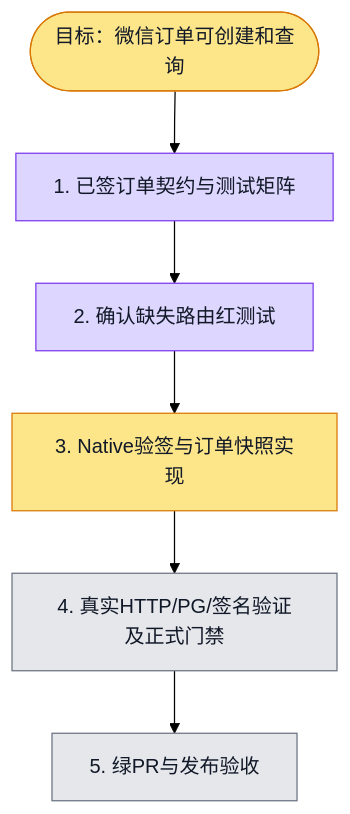
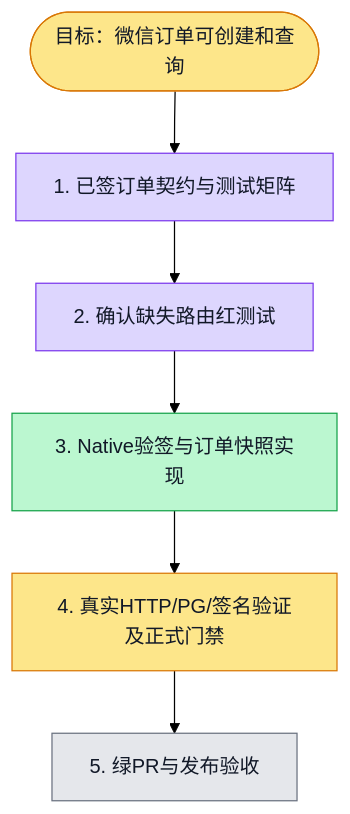
The diagram in phases/phase-21-billing-payment/sprints/sprint-04/plans/F04.plan.md (boardx/workspacex), drawn with Mermaid (forest theme) before and after one commit. The commit also changed 7 other files, not shown here.

````diff
--- a/phases/phase-21-billing-payment/sprints/sprint-04/plans/F04.plan.md
+++ b/phases/phase-21-billing-payment/sprints/sprint-04/plans/F04.plan.md
@@ -17,27 +17,27 @@
 ```mermaid
 flowchart TD
   G([目标：微信订单可创建和查询])
   S1[1. 已签订单契约与测试矩阵]
   S2[2. 确认缺失路由红测试]
   S3[3. Native验签与订单快照实现]
   S4[4. 真实HTTP/PG/签名验证及正式门禁]
   S5[5. 绿PR与发布验收]
 
   G --> S1 --> S2 --> S3 --> S4 --> S5
 
   classDef todo fill:#e5e7eb,stroke:#6b7280,color:#111827
   classDef doing fill:#fde68a,stroke:#d97706,color:#111827
   classDef done fill:#bbf7d0,stroke:#16a34a,color:#111827
   classDef tested fill:#ddd6fe,stroke:#7c3aed,color:#111827
   classDef blocked fill:#fecaca,stroke:#dc2626,color:#111827
 
   class G doing
   class S1 tested
   %% evidence S1: 已签billing-credits束及既定verification；#5751记录下单缺口
   %% evidence S2: evidence/F04.red.log 17 behavioral failures on missing routes, fixture startup successful
   class S2 tested
   %% evidence S2: 17 behavioral assertions failed with absent routes, fixture ready: /tmp/wsx-F04-red.log
-  class S3 doing
-  class S4 todo
+  class S3 done
+  class S4 doing
   class S5 todo
 ```
````
